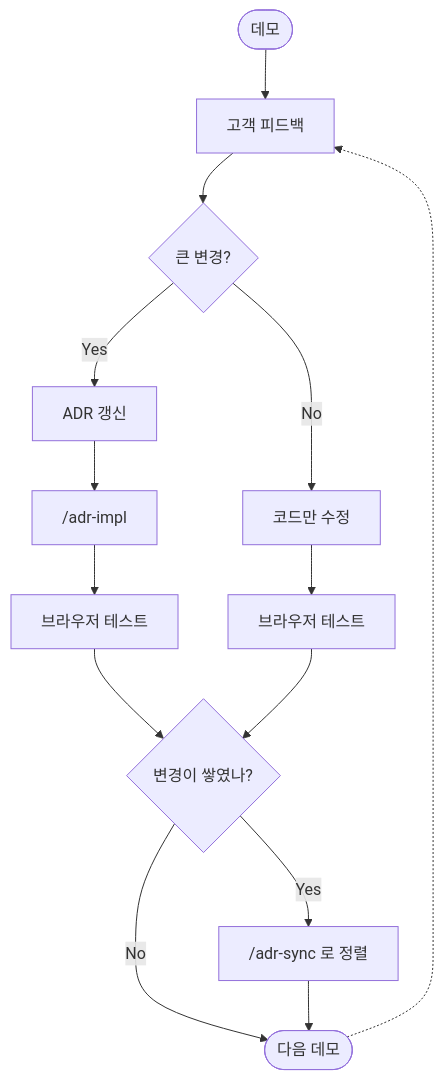
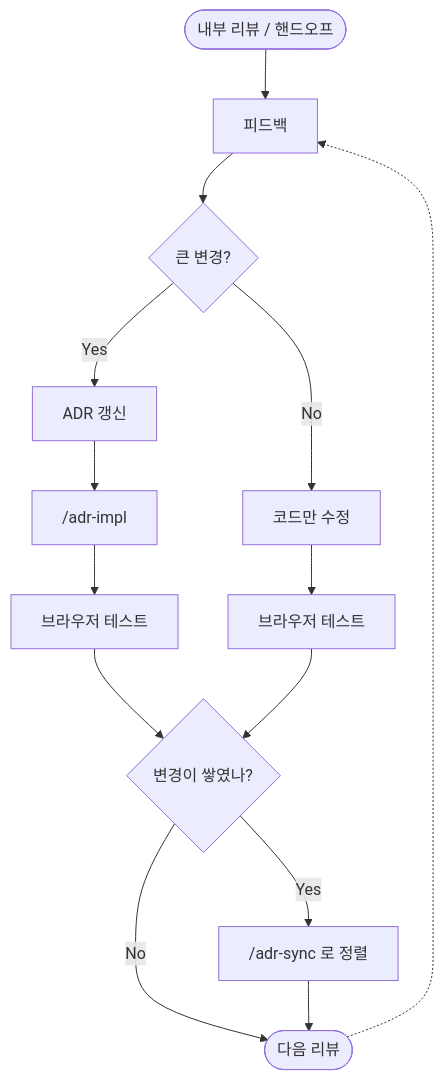
Before and after one commit to haandol/ui-poc-workspace: the diagram in packages/workshop/content/lab-3-development/evolve-poc.ko.md, drawn with Mermaid. The commit also changed other lines of this file and 5 other files, not shown here.

````diff
--- a/packages/workshop/content/lab-3-development/evolve-poc.ko.md
+++ b/packages/workshop/content/lab-3-development/evolve-poc.ko.md
@@ -57,16 +57,16 @@
 ```mermaid
 flowchart TD
-    Demo([데모]) --> FB[고객 피드백]
+    Review([내부 리뷰 / 핸드오프]) --> FB[피드백]
     FB --> Big{큰 변경?}
     Big -- Yes --> A1[ADR 갱신]
     A1 --> Impl["/adr-impl"]
     Impl --> Test1[브라우저 테스트]
     Big -- No --> Code[코드만 수정]
     Code --> Test2[브라우저 테스트]
     Test1 --> Drift{변경이 쌓였나?}
     Test2 --> Drift
     Drift -- Yes --> Sync["/adr-sync 로 정렬"]
-    Drift -- No --> NextDemo([다음 데모])
-    Sync --> NextDemo
-    NextDemo -.-> FB
+    Drift -- No --> Next([다음 리뷰])
+    Sync --> Next
+    Next -.-> FB
 ```
````
